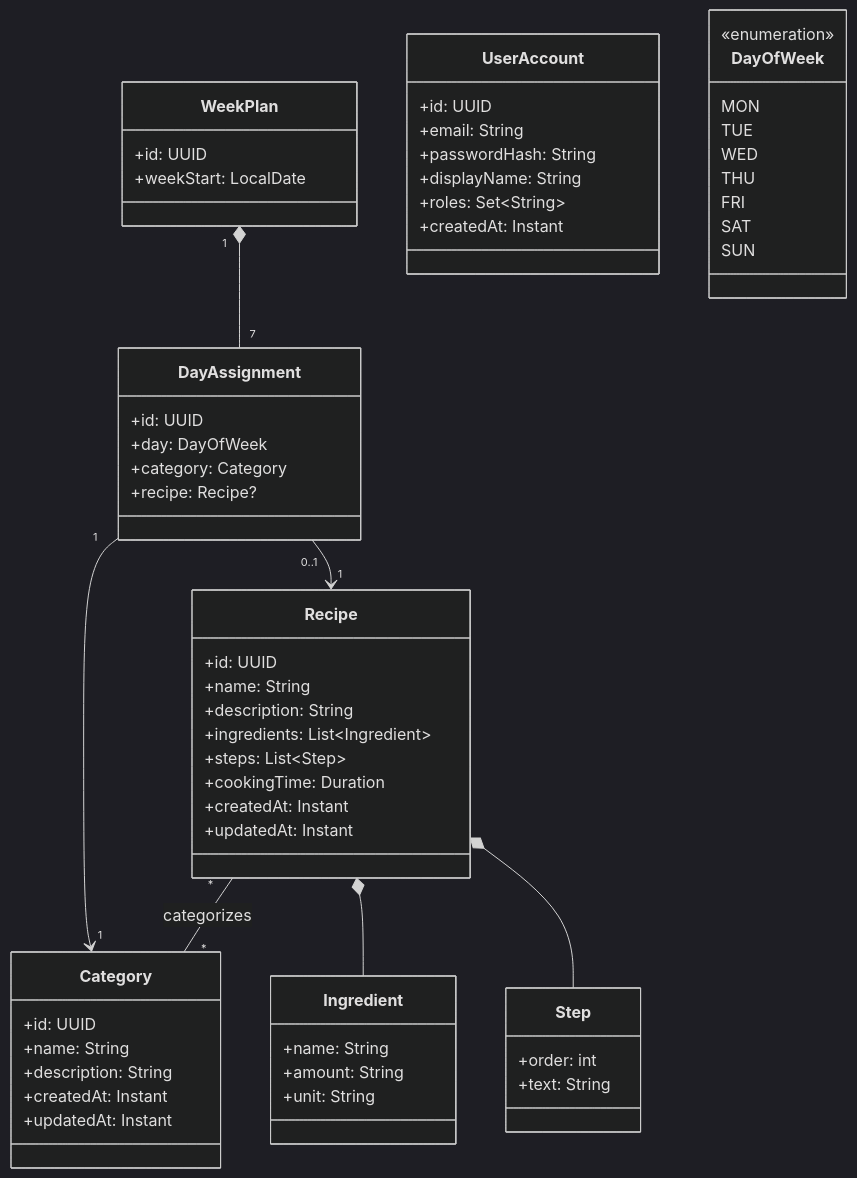
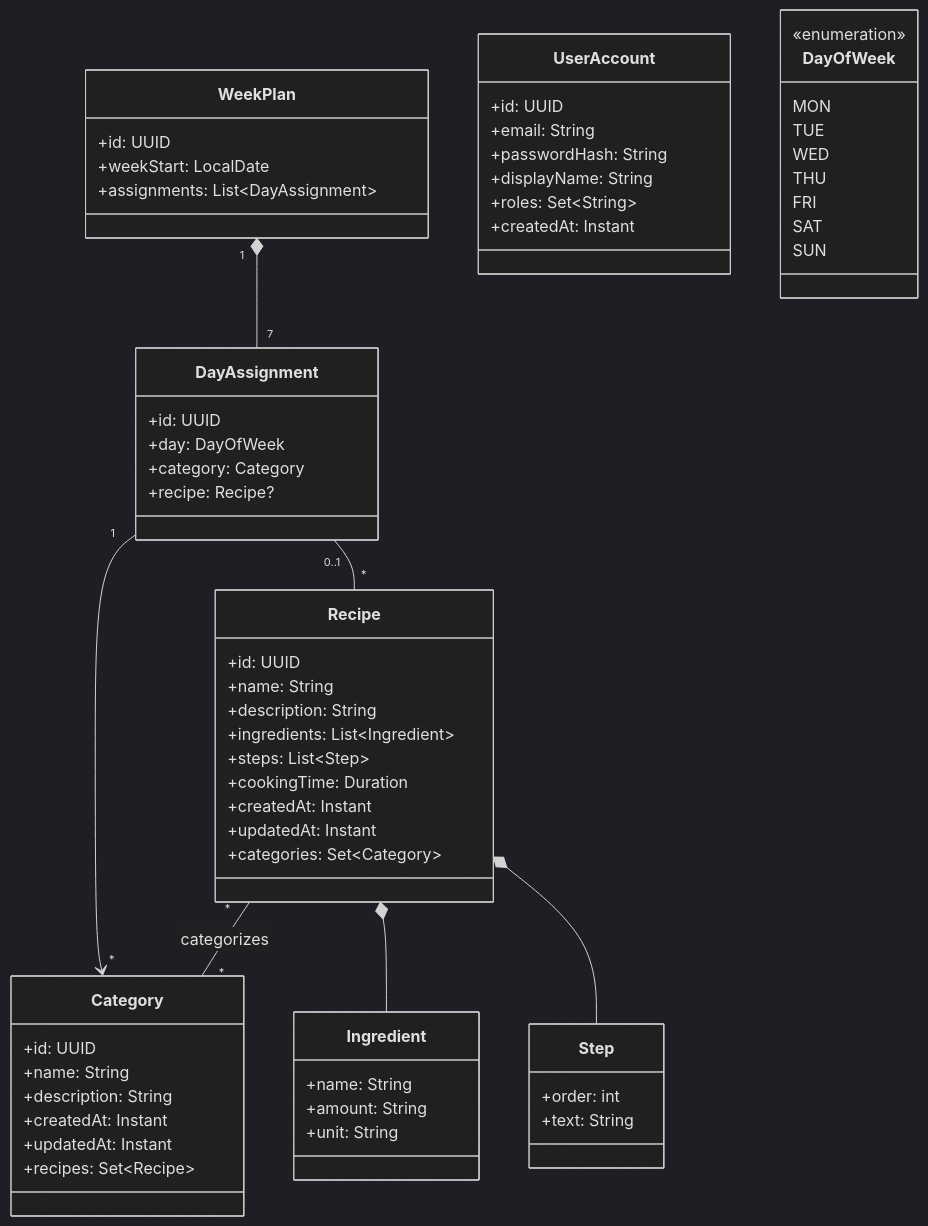
One commit to Nom-Nom-Now/docs changed the diagram in Class-diagrams/backend-diagrams/Backend_Domain_Class_Diagram.md. Above: the diagram before and after it, drawn with Mermaid (dark theme). The commit also changed 2 other files, not shown here.

Commit message:
docs(Class diagrams): show recipe–category collections, add week-plan assignments, fix DayAssignment multiplicities, consolidate write DTOs, and align week-plan signatures plus frontend ID-based references.

````diff
--- a/Class-diagrams/backend-diagrams/Backend_Domain_Class_Diagram.md
+++ b/Class-diagrams/backend-diagrams/Backend_Domain_Class_Diagram.md
@@ -3,73 +3,77 @@
 ```mermaid
+
 classDiagram
 direction TB
 
 class Category {
-  +id: UUID
-  +name: String
-  +description: String
-  +createdAt: Instant
-  +updatedAt: Instant
++id: UUID
++name: String
++description: String
++createdAt: Instant
++updatedAt: Instant
++recipes: Set~Recipe~
 }
 
 class Ingredient {
-  +name: String
-  +amount: String
-  +unit: String
++name: String
++amount: String
++unit: String
 }
 
 class Step {
-  +order: int
-  +text: String
++order: int
++text: String
 }
 
 class Recipe {
-  +id: UUID
-  +name: String
-  +description: String
-  +ingredients: List~Ingredient~
-  +steps: List~Step~
-  +cookingTime: Duration
-  +createdAt: Instant
-  +updatedAt: Instant
++id: UUID
++name: String
++description: String
++ingredients: List~Ingredient~
++steps: List~Step~
++cookingTime: Duration
++createdAt: Instant
++updatedAt: Instant
++categories: Set~Category~
 }
 
 class WeekPlan {
-  +id: UUID
-  +weekStart: LocalDate
++id: UUID
++weekStart: LocalDate
++assignments: List~DayAssignment~
 }
 
 class DayAssignment {
-  +id: UUID
-  +day: DayOfWeek
-  +category: Category
-  +recipe: Recipe?
++id: UUID
++day: DayOfWeek
++category: Category
++recipe: Recipe?
 }
 
 class UserAccount {
-  +id: UUID
-  +email: String
-  +passwordHash: String
-  +displayName: String
-  +roles: Set~String~
-  +createdAt: Instant
++id: UUID
++email: String
++passwordHash: String
++displayName: String
++roles: Set~String~
++createdAt: Instant
 }
 
 class DayOfWeek {
-  <<enumeration>>
-  MON
-  TUE
-  WED
-  THU
-  FRI
-  SAT
-  SUN
+<<enumeration>>
+MON
+TUE
+WED
+THU
+FRI
+SAT
+SUN
 }
 
 Recipe "*" -- "*" Category : categorizes
 Recipe *-- Ingredient
 Recipe *-- Step
 WeekPlan "1" *-- "7" DayAssignment
-DayAssignment "1" --> "1" Category
-DayAssignment "0..1" --> "1" Recipe
+DayAssignment "1" --> "*" Category
+DayAssignment "0..1" -- "*" Recipe
 ```
````
